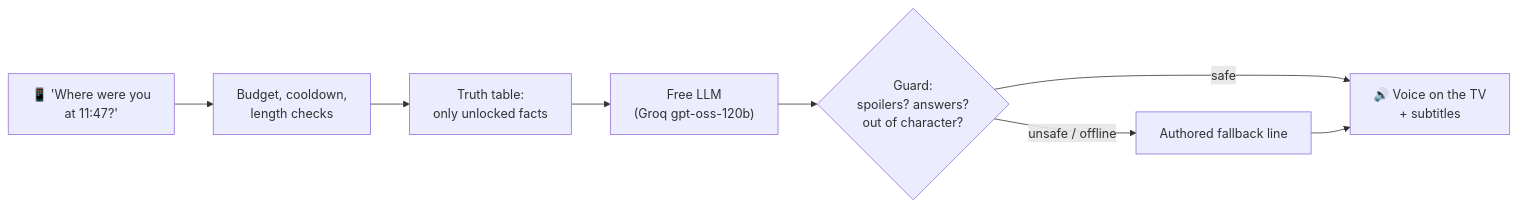
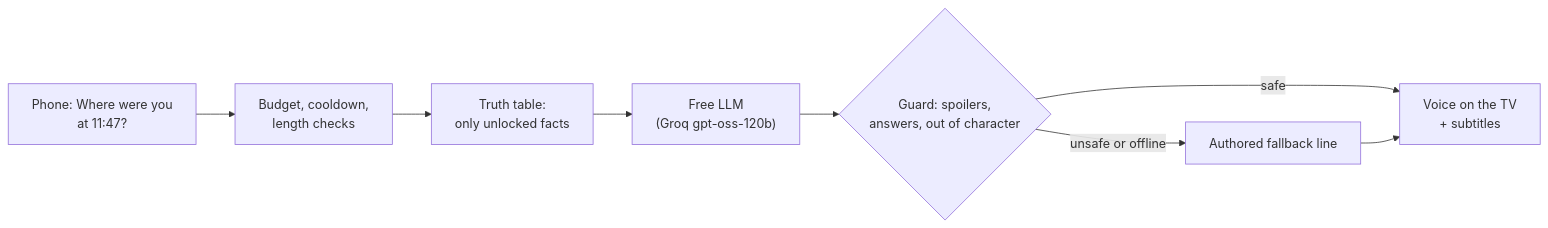
The first of 2 diagrams in README.md (perhaps-aksh/RoomRiddle), drawn with Mermaid before and after one commit. The commit also changed other lines of this file and 24 other files, not shown here.

First line of the commit message:
feat: spoken subtitles, case journal, puzzle desk, phone portraits; no sky under close-ups

````diff
--- a/README.md
+++ b/README.md
@@ -96,9 +96,10 @@
 ```mermaid
 flowchart LR
-  Q["📱 'Where were you<br/>at 11:47?'"] --> B["Budget, cooldown,<br/>length checks"]
+  Q["Phone: Where were you<br/>at 11:47?"] --> B["Budget, cooldown,<br/>length checks"]
   B --> F["Truth table:<br/>only unlocked facts"]
   F --> M["Free LLM<br/>(Groq gpt-oss-120b)"]
-  M --> G{"Guard:<br/>spoilers? answers?<br/>out of character?"}
-  G -- safe --> V["🔊 Voice on the TV<br/>+ subtitles"]
-  G -- unsafe / offline --> A["Authored fallback line"] --> V
+  M --> G{"Guard: spoilers,<br/>answers, out of character"}
+  G -->|"safe"| V["Voice on the TV<br/>+ subtitles"]
+  G -->|"unsafe or offline"| A["Authored fallback line"]
+  A --> V
 ```
````
